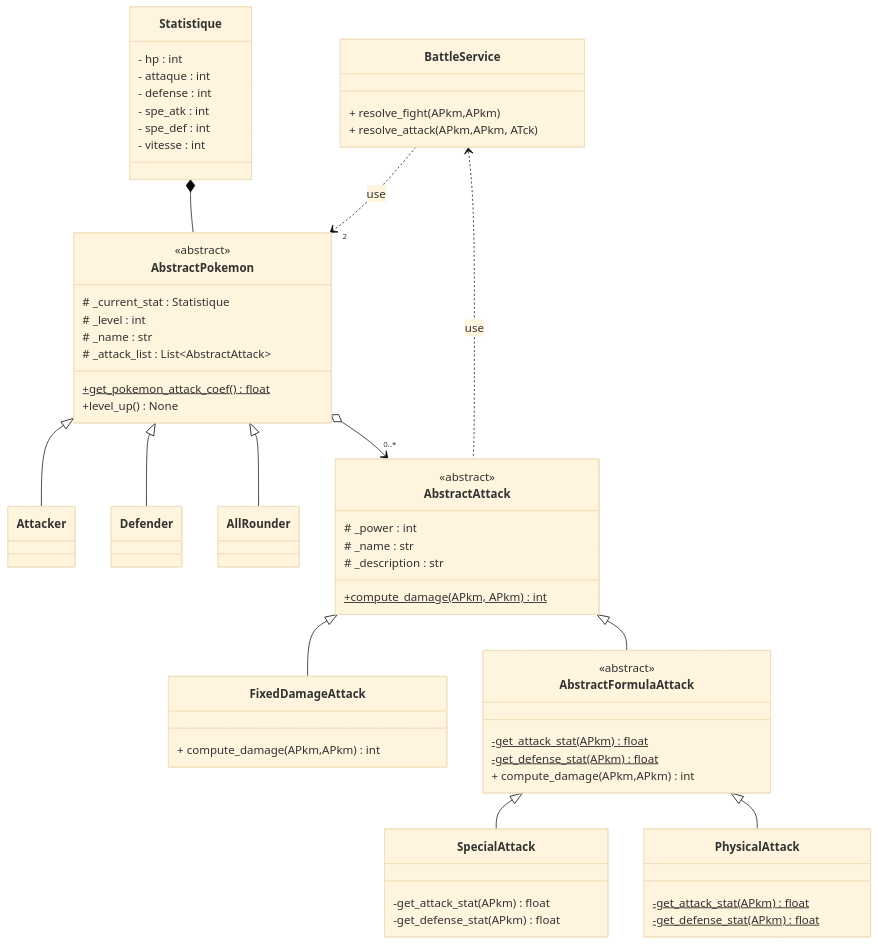
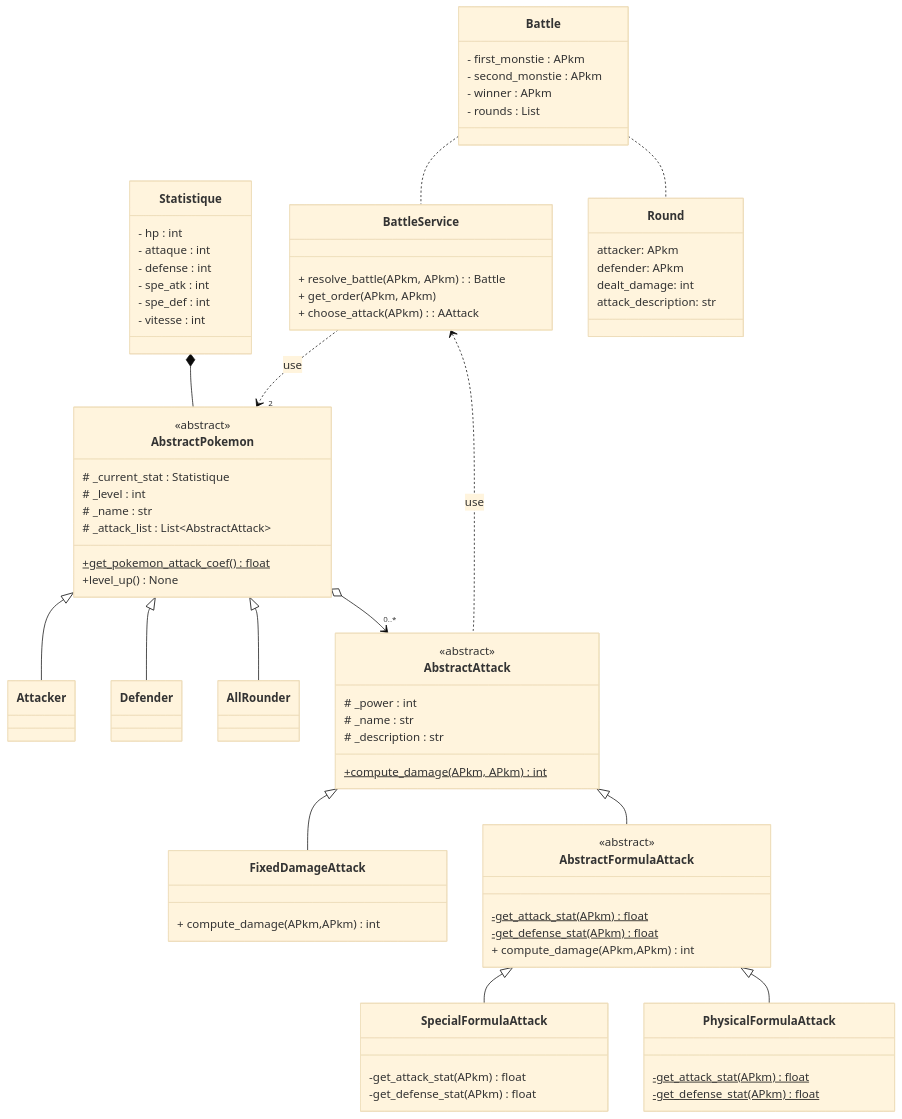
One commit to ludo2ne/ENSAI-2A-complement-info changed the fifth of 5 diagrams in doc/TP1.md. Above: the diagram before and after it, drawn with Mermaid (base theme). The commit also changed other lines of this file and 27 other files, not shown here.

```diff
--- a/doc/TP1.md
+++ b/doc/TP1.md
@@ -359,11 +376,6 @@
     +get_pokemon_attack_coef()$  float
     +level_up() None
   }
-  
-  class BattleService {
-    + resolve_fight(APkm,APkm)
-    + resolve_attack(APkm,APkm, ATck)
-  }  
  
   class Statistique {
     - hp : int
@@ -373,12 +385,34 @@
     - spe_def : int
     - vitesse : int
   }
- 
+   
+  class BattleService {
+    + resolve_battle(APkm, APkm) : Battle
+    + get_order(APkm, APkm)
+    + choose_attack(APkm) : AAttack
+  }  
+  
+  class Battle{
+    - first_monstie : APkm
+    - second_monstie : APkm
+    - winner : APkm
+    - rounds : List<Round>
+  }
+
+  class Round{
+    attacker: APkm
+    defender: APkm
+    dealt_damage: int
+    attack_description: str
+  }
   BattleService ..>"2" AbstractPokemon : use
   AbstractPokemon <|-- Attacker
   AbstractPokemon <|-- Defender
   AbstractPokemon <|-- AllRounder
-   Statistique *-- AbstractPokemon
+  Statistique *-- AbstractPokemon
+
+  Battle .. BattleService
+  Battle .. Round
  
   class AbstractAttack{
     <<abstract>>
@@ -399,20 +433,20 @@
     + compute_damage(APkm,APkm ) int
   }
  
-  class PhysicalAttack{
+  class PhysicalFormulaAttack{
    -get_attack_stat(APkm)$  float
    -get_defense_stat(APkm)$  float
   }
  
-  class SpecialAttack{
+  class SpecialFormulaAttack{
     -get_attack_stat(APkm)  float
     -get_defense_stat(APkm)  float
   }
  
   AbstractAttack <|-- FixedDamageAttack
   AbstractAttack <|-- AbstractFormulaAttack
-  AbstractFormulaAttack <|-- SpecialAttack
-  AbstractFormulaAttack <|-- PhysicalAttack
+  AbstractFormulaAttack <|-- SpecialFormulaAttack
+  AbstractFormulaAttack <|-- PhysicalFormulaAttack
   BattleService >.. AbstractAttack  : use
   AbstractPokemon o-->"0..*" AbstractAttack
 
```
